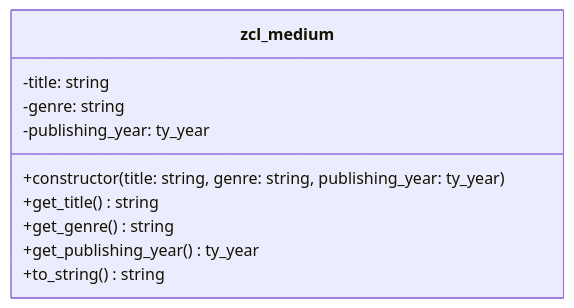
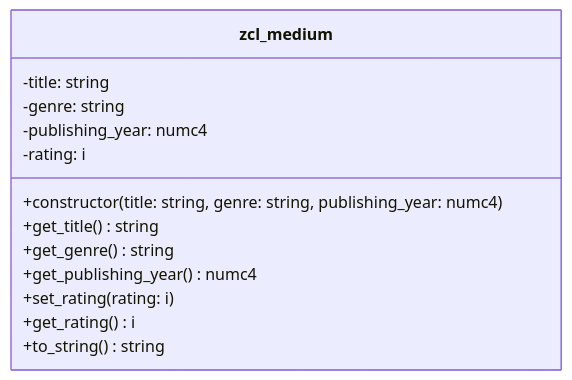
Before and after one commit to appenmaier/s4hana: the diagram in docs/exercises/abap-objects/abap-objects-03.md, drawn with Mermaid.

````diff
--- a/docs/exercises/abap-objects/abap-objects-03.md
+++ b/docs/exercises/abap-objects/abap-objects-03.md
@@ -11,13 +11,16 @@
 ```mermaid
 classDiagram
    class zcl_medium {
       -title: string
       -genre: string
-      -publishing_year: ty_year
-      +constructor(title: string, genre: string, publishing_year: ty_year)
+      -publishing_year: numc4
+      -rating: i
+      +constructor(title: string, genre: string, publishing_year: numc4)
       +get_title() string      
       +get_genre() string      
-      +get_publishing_year() ty_year
+      +get_publishing_year() numc4
+      +set_rating(rating: i)
+      +get_rating() i
       +to_string() string
    }
 ```
````
